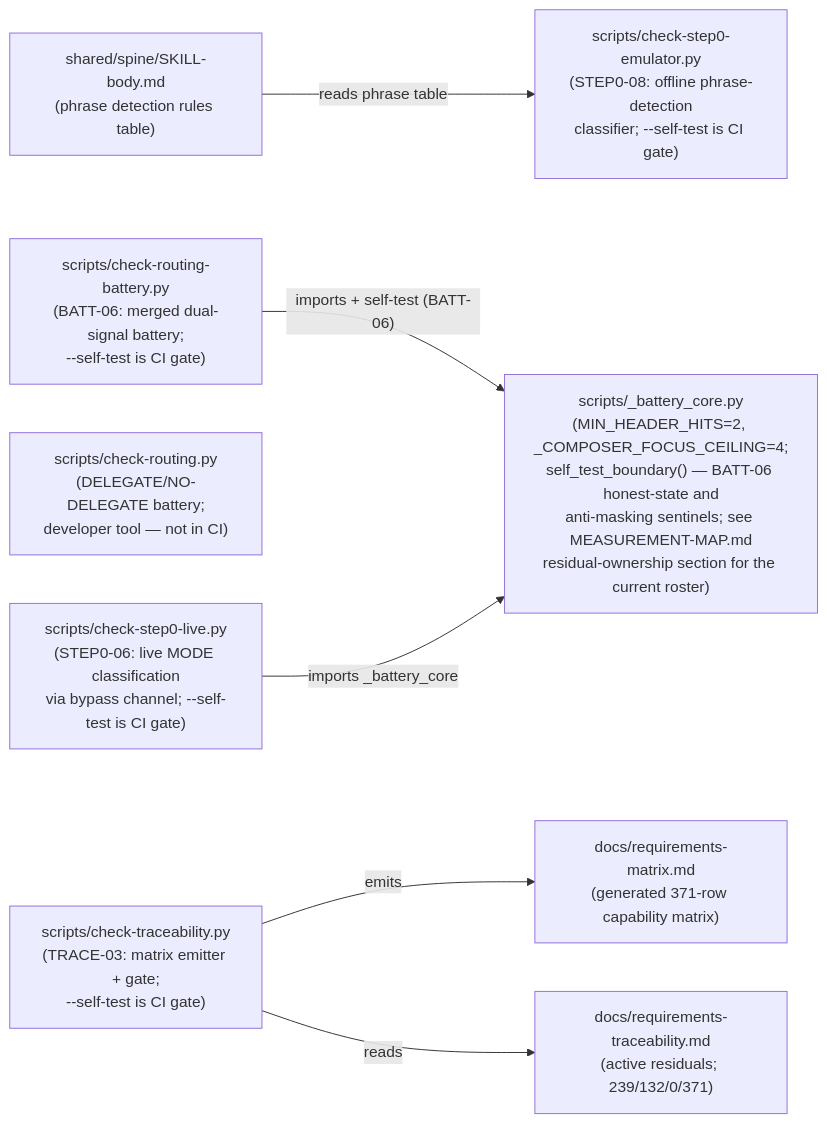
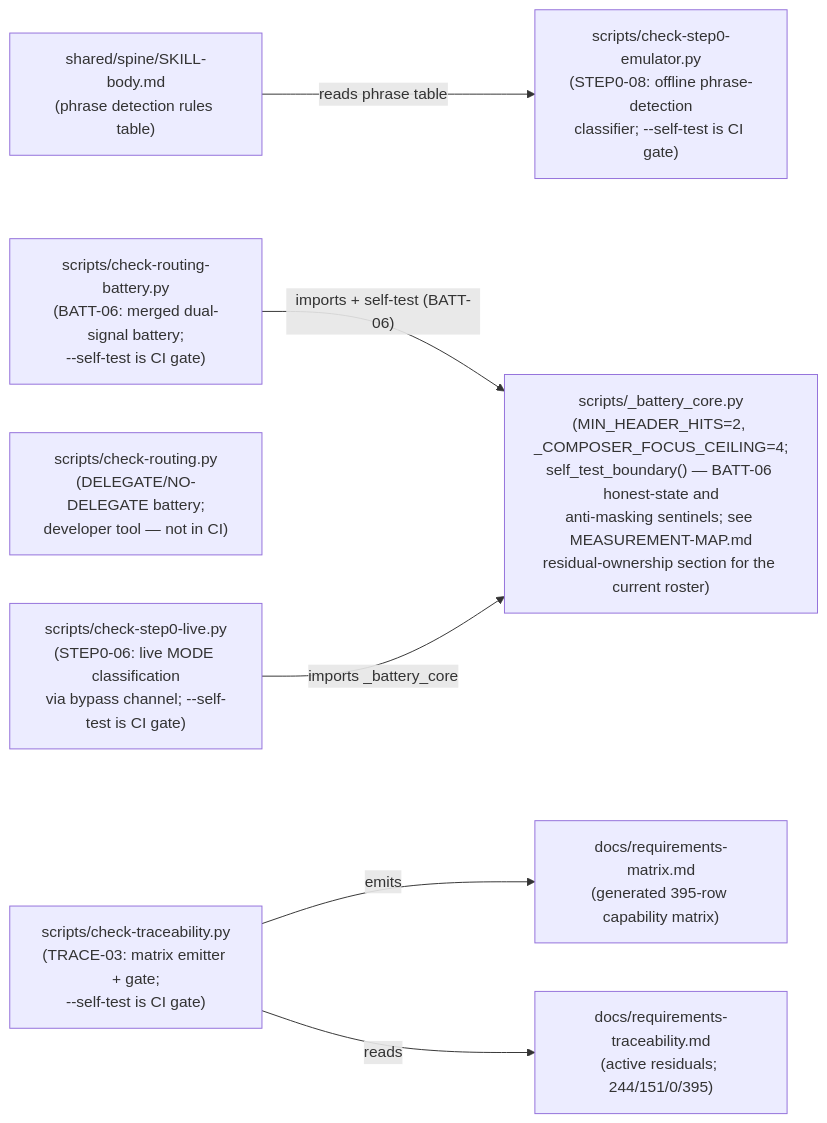
Before and after one commit to chrisdavidson/first-principles-skill: the second of 2 diagrams in docs/COMPONENT-DIAGRAM.md, drawn with Mermaid. The commit also changed 10 other files, not shown here.

````diff
--- a/docs/COMPONENT-DIAGRAM.md
+++ b/docs/COMPONENT-DIAGRAM.md
@@ -84,24 +84,24 @@
 ```mermaid
 flowchart LR
     SKILLBODY["shared/spine/SKILL-body.md\n(phrase detection rules table)"]
 
     CORE["scripts/_battery_core.py\n(MIN_HEADER_HITS=2, _COMPOSER_FOCUS_CEILING=4;\nself_test_boundary() — BATT-06 honest-state and\nanti-masking sentinels; see MEASUREMENT-MAP.md\nresidual-ownership section for the current roster)"]
 
     BATT["scripts/check-routing-battery.py\n(BATT-06: merged dual-signal battery;\n--self-test is CI gate)"]
     ROUTING["scripts/check-routing.py\n(DELEGATE/NO-DELEGATE battery;\ndeveloper tool — not in CI)"]
 
     EMU["scripts/check-step0-emulator.py\n(STEP0-08: offline phrase-detection\nclassifier; --self-test is CI gate)"]
     LIVE["scripts/check-step0-live.py\n(STEP0-06: live MODE classification\nvia bypass channel; --self-test is CI gate)"]
 
     TRACE["scripts/check-traceability.py\n(TRACE-03: matrix emitter + gate;\n--self-test is CI gate)"]
-    MATRIX["docs/requirements-matrix.md\n(generated 371-row capability matrix)"]
-    TRACEABILITY["docs/requirements-traceability.md\n(active residuals; 239/132/0/371)"]
+    MATRIX["docs/requirements-matrix.md\n(generated 395-row capability matrix)"]
+    TRACEABILITY["docs/requirements-traceability.md\n(active residuals; 244/151/0/395)"]
 
     SKILLBODY -->|"reads phrase table"| EMU
 
     BATT -->|"imports + self-test (BATT-06)"| CORE
     LIVE -->|"imports _battery_core"| CORE
 
     TRACE -->|"emits"| MATRIX
     TRACE -->|"reads"| TRACEABILITY
 ```
````
